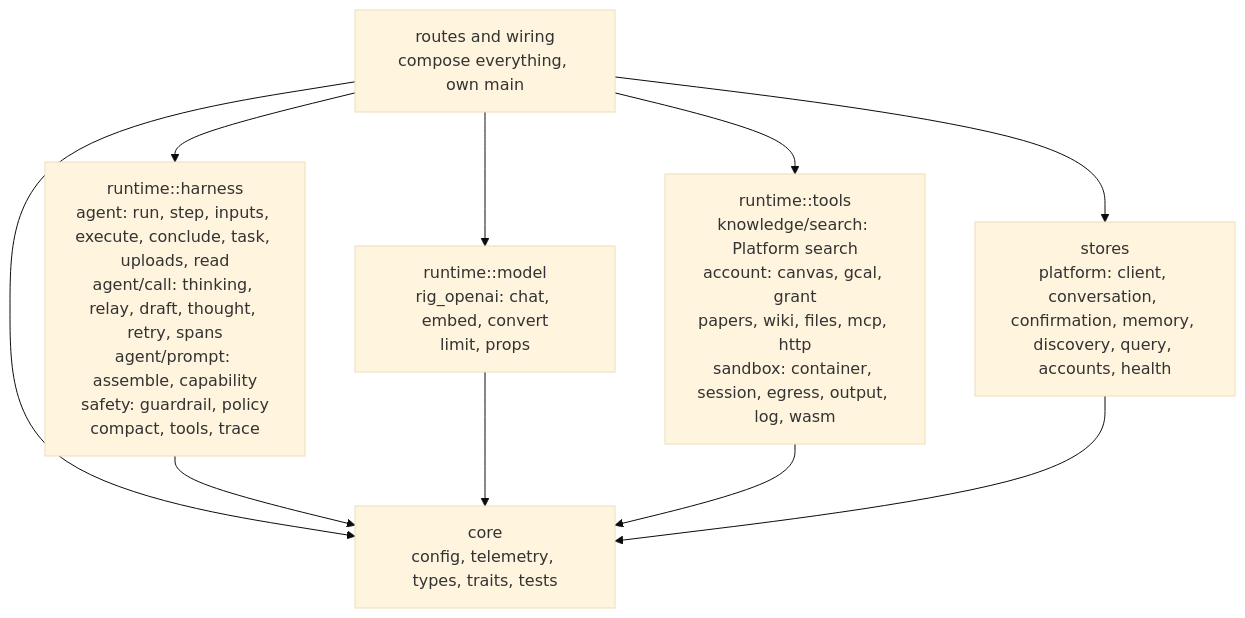
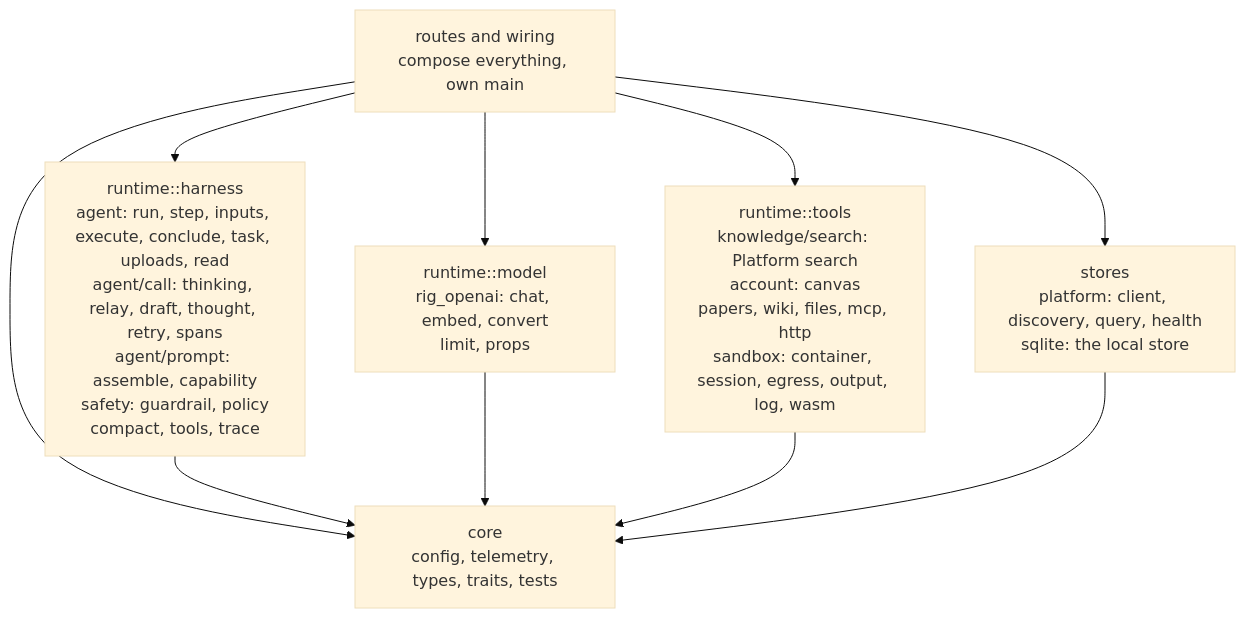
The second of 11 diagrams in docs/ARCHITECTURE.md (theaisocietyasu/sparky), drawn with Mermaid (base theme) before and after one commit. The commit also changed other lines of this file and 116 other files, not shown here.

First line of the commit message:
Drop the Platform store, the import and Google Calendar (#164)

````diff
--- a/docs/ARCHITECTURE.md
+++ b/docs/ARCHITECTURE.md
@@ -122,19 +122,19 @@
 ```mermaid
 flowchart TD
     ROUTES["routes and wiring<br/>compose everything, own main"]
     HARNESS["runtime::harness<br/>agent: run, step, inputs, execute, conclude, task, uploads, read<br/>agent/call: thinking, relay, draft, thought, retry, spans<br/>agent/prompt: assemble, capability<br/>safety: guardrail, policy<br/>compact, tools, trace"]
     MODEL["runtime::model<br/>rig_openai: chat, embed, convert<br/>limit, props"]
-    TOOLS["runtime::tools<br/>knowledge/search: Platform search<br/>account: canvas, gcal, grant<br/>papers, wiki, files, mcp, http<br/>sandbox: container, session, egress, output, log, wasm"]
-    STORES["stores<br/>platform: client, conversation, confirmation, memory, discovery, query, accounts, health"]
+    TOOLS["runtime::tools<br/>knowledge/search: Platform search<br/>account: canvas<br/>papers, wiki, files, mcp, http<br/>sandbox: container, session, egress, output, log, wasm"]
+    STORES["stores<br/>platform: client, discovery, query, health<br/>sqlite: the local store"]
     CORE["core<br/>config, telemetry, types, traits, tests"]
 
     ROUTES --> HARNESS
     ROUTES --> MODEL
     ROUTES --> TOOLS
     ROUTES --> STORES
     ROUTES --> CORE
     HARNESS --> CORE
     MODEL --> CORE
     TOOLS --> CORE
     STORES --> CORE
 ```
````
